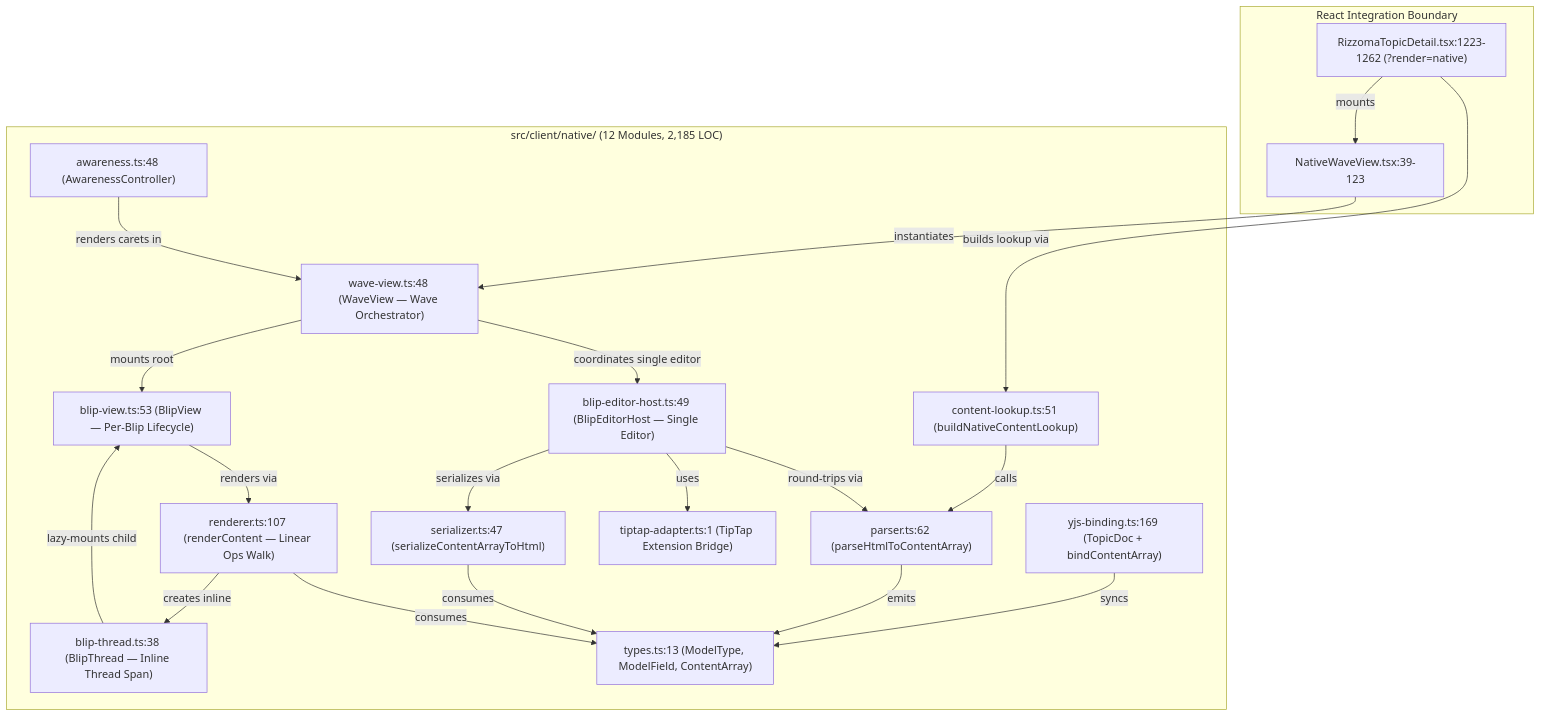
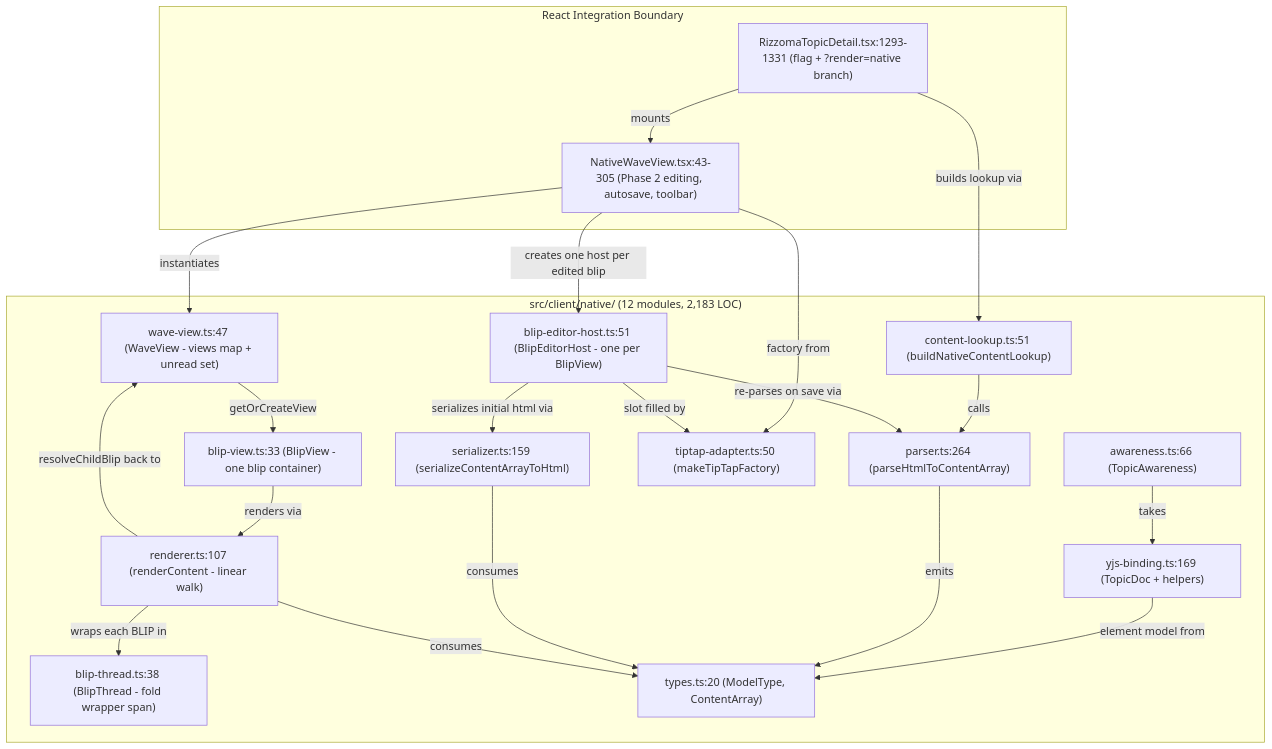
The first of 2 diagrams in wiki/subsystems/native-render-port.md (HCSS-StratBase/rizzoma), drawn with Mermaid before and after one commit. The commit also changed other lines of this file and 17 other files, not shown here.

````diff
--- a/wiki/subsystems/native-render-port.md
+++ b/wiki/subsystems/native-render-port.md
@@ -27,40 +29,41 @@
 ```mermaid
 graph TD
     subgraph HOST["React Integration Boundary"]
-        RTD["RizzomaTopicDetail.tsx:1223-1262 (?render=native)"]
-        NWV["NativeWaveView.tsx:39-123"]
+        RTD["RizzomaTopicDetail.tsx:1293-1331 (flag + ?render=native branch)"]
+        NWV["NativeWaveView.tsx:43-305 (Phase 2 editing, autosave, toolbar)"]
     end
 
-    subgraph NATIVE_CORE["src/client/native/ (12 Modules, 2,185 LOC)"]
-        WV["wave-view.ts:48 (WaveView — Wave Orchestrator)"]
-        BV["blip-view.ts:53 (BlipView — Per-Blip Lifecycle)"]
-        BT["blip-thread.ts:38 (BlipThread — Inline Thread Span)"]
-        REND["renderer.ts:107 (renderContent — Linear Ops Walk)"]
+    subgraph NATIVE_CORE["src/client/native/ (12 modules, 2,183 LOC)"]
+        WV["wave-view.ts:47 (WaveView - views map + unread set)"]
+        BV["blip-view.ts:33 (BlipView - one blip container)"]
+        BT["blip-thread.ts:38 (BlipThread - fold wrapper span)"]
+        REND["renderer.ts:107 (renderContent - linear walk)"]
         CL["content-lookup.ts:51 (buildNativeContentLookup)"]
-        PARS["parser.ts:62 (parseHtmlToContentArray)"]
-        SER["serializer.ts:47 (serializeContentArrayToHtml)"]
-        BEH["blip-editor-host.ts:49 (BlipEditorHost — Single Editor)"]
-        TTA["tiptap-adapter.ts:1 (TipTap Extension Bridge)"]
-        YJS["yjs-binding.ts:169 (TopicDoc + bindContentArray)"]
-        AWR["awareness.ts:48 (AwarenessController)"]
-        TYPES["types.ts:13 (ModelType, ModelField, ContentArray)"]
+        PARS["parser.ts:264 (parseHtmlToContentArray)"]
+        SER["serializer.ts:159 (serializeContentArrayToHtml)"]
+        BEH["blip-editor-host.ts:51 (BlipEditorHost - one per BlipView)"]
+        TTA["tiptap-adapter.ts:50 (makeTipTapFactory)"]
+        YJS["yjs-binding.ts:169 (TopicDoc + helpers)"]
+        AWR["awareness.ts:66 (TopicAwareness)"]
+        TYPES["types.ts:20 (ModelType, ContentArray)"]
     end
 
     RTD -->|builds lookup via| CL
     RTD -->|mounts| NWV
     NWV -->|instantiates| WV
+    NWV -->|creates one host per edited blip| BEH
+    NWV -->|factory from| TTA
     CL -->|calls| PARS
-    WV -->|mounts root| BV
+    WV -->|getOrCreateView| BV
     BV -->|renders via| REND
-    REND -->|creates inline| BT
-    BT -->|lazy-mounts child| BV
-    WV -->|coordinates single editor| BEH
-    BEH -->|uses| TTA
-    BEH -->|round-trips via| PARS
-    BEH -->|serializes via| SER
-    YJS -->|syncs| TYPES
-    AWR -->|renders carets in| WV
+    REND -->|wraps each BLIP in| BT
+    REND -->|resolveChildBlip back to| WV
+    BEH -->|serializes initial html via| SER
+    BEH -->|re-parses on save via| PARS
+    BEH -->|slot filled by| TTA
+    AWR -->|takes| YJS
+    YJS -->|element model from| TYPES
     PARS -->|emits| TYPES
     SER -->|consumes| TYPES
     REND -->|consumes| TYPES
 ```
````
